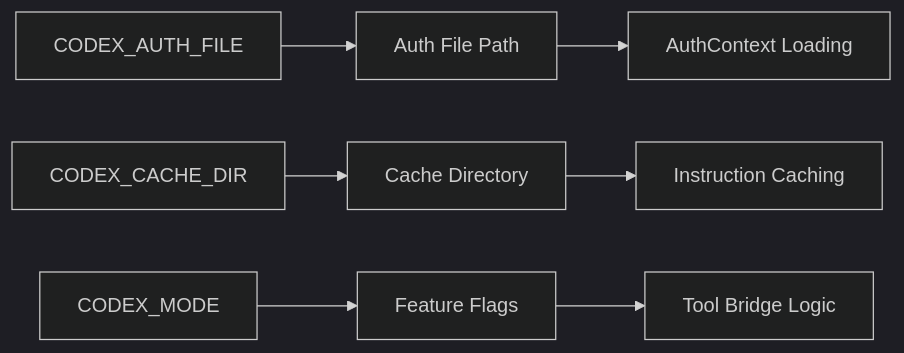
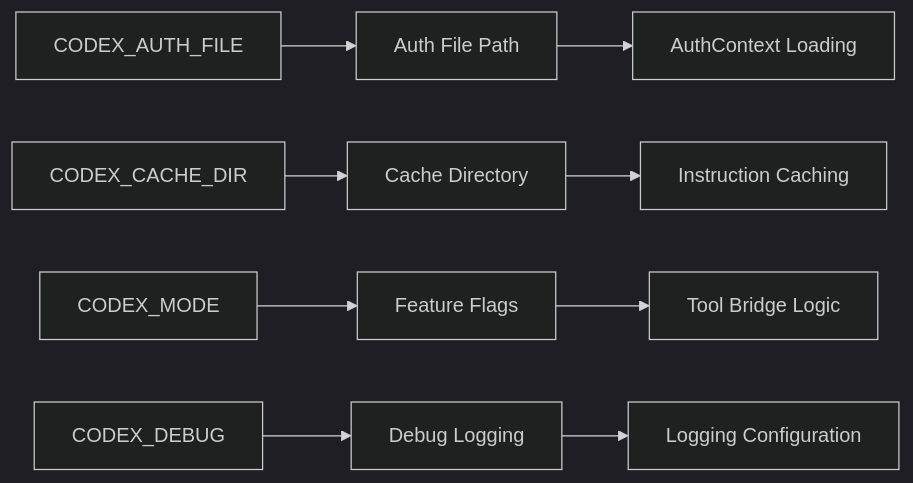
Before and after one commit to jslorrma/litellm-codex-oauth-provider: diagram 12 of 13 in docs/architecture.md, drawn with Mermaid (dark theme). The commit also changed other lines of this file and 3 other files, not shown here.

First line of the commit message:
docs: update documentation for OpenAI client architecture

````diff
--- a/docs/architecture.md
+++ b/docs/architecture.md
@@ -244,10 +336,12 @@
 ```mermaid
 graph LR
     A[CODEX_AUTH_FILE] --> B[Auth File Path]
     C[CODEX_CACHE_DIR] --> D[Cache Directory]
     E[CODEX_MODE] --> F[Feature Flags]
+    G[CODEX_DEBUG] --> H[Debug Logging]
 
-    B --> G[AuthContext Loading]
-    D --> H[Instruction Caching]
-    F --> I[Tool Bridge Logic]
+    B --> I[AuthContext Loading]
+    D --> J[Instruction Caching]
+    F --> K[Tool Bridge Logic]
+    H --> L[Logging Configuration]
 ```
````
